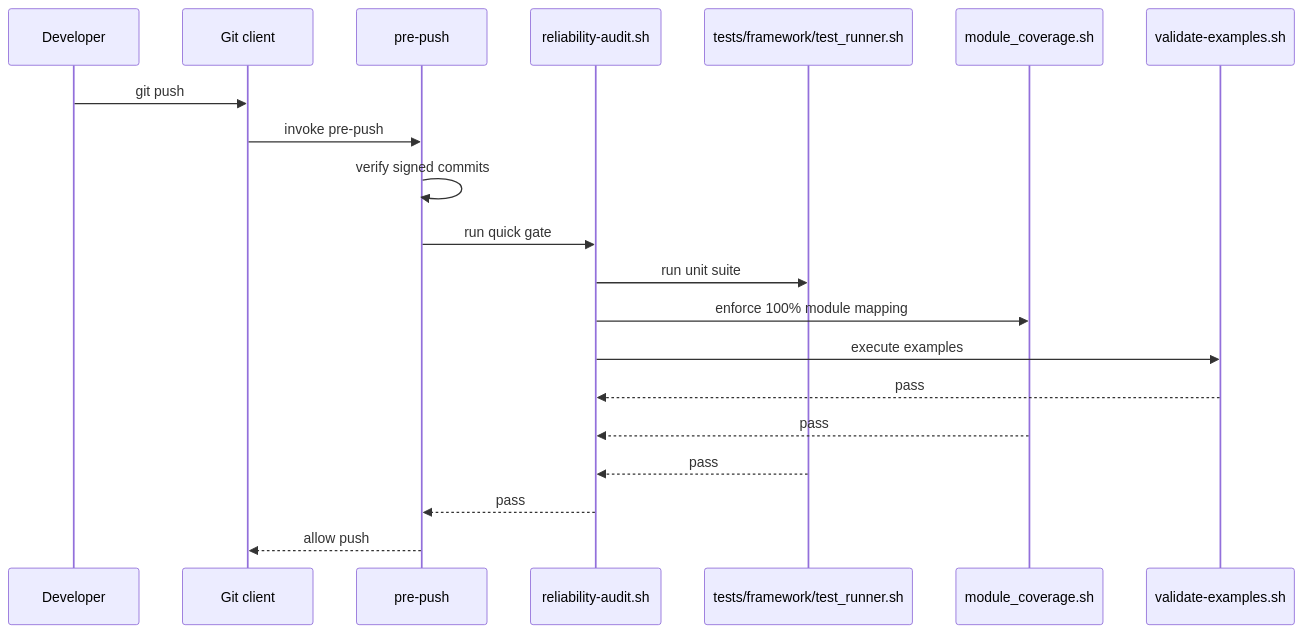
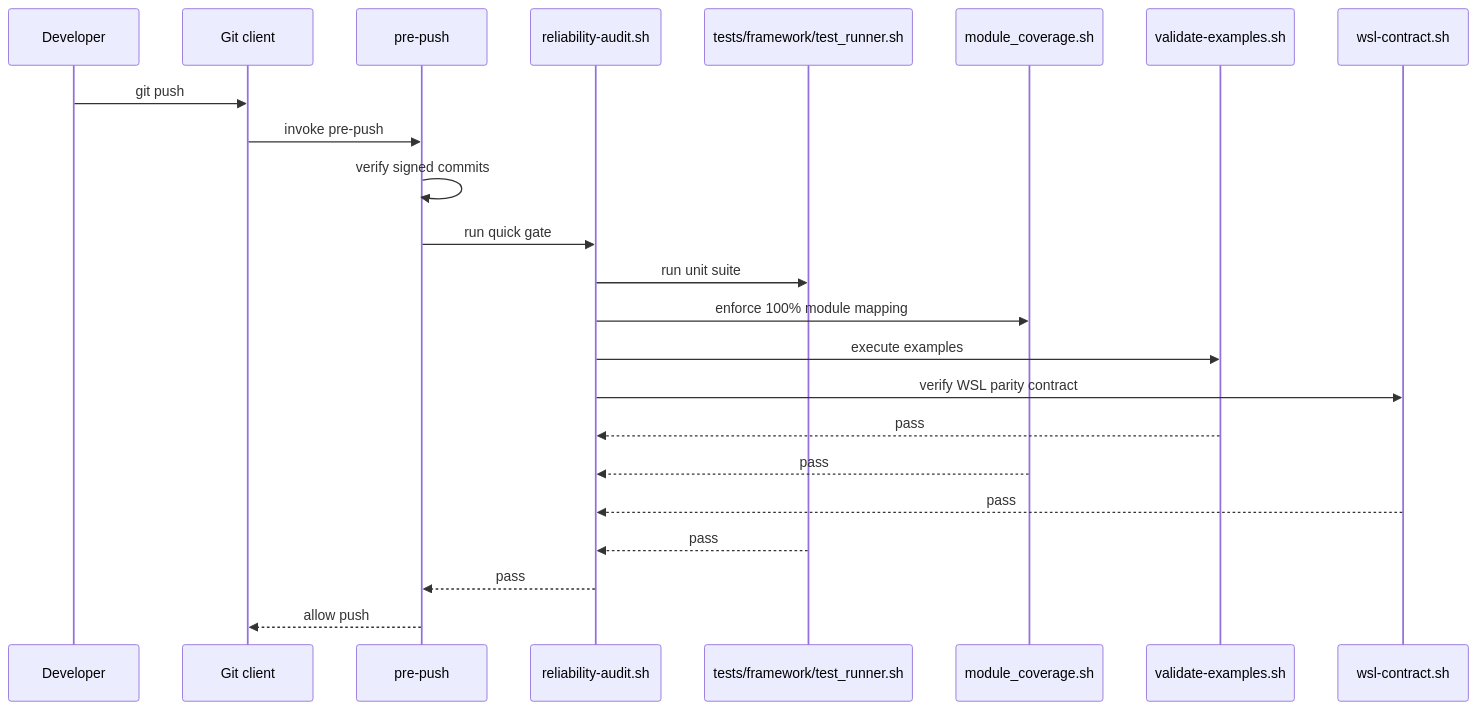
One commit to sebastienrousseau/dotfiles changed the second of 2 diagrams in docs/operations/RELIABILITY.md. Above: the diagram before and after it, drawn with Mermaid. The commit also changed other lines of this file and 8 other files, not shown here.

````diff
--- a/docs/operations/RELIABILITY.md
+++ b/docs/operations/RELIABILITY.md
@@ -32,23 +34,26 @@
 ```mermaid
 sequenceDiagram
   participant Dev as Developer
   participant Git as Git client
   participant Hook as pre-push
   participant Audit as reliability-audit.sh
   participant Suite as tests/framework/test_runner.sh
   participant Cov as module_coverage.sh
   participant Ex as validate-examples.sh
+  participant WSL as wsl-contract.sh
 
   Dev->>Git: git push
   Git->>Hook: invoke pre-push
   Hook->>Hook: verify signed commits
   Hook->>Audit: run quick gate
   Audit->>Suite: run unit suite
   Audit->>Cov: enforce 100% module mapping
   Audit->>Ex: execute examples
+  Audit->>WSL: verify WSL parity contract
   Ex-->>Audit: pass
   Cov-->>Audit: pass
+  WSL-->>Audit: pass
   Suite-->>Audit: pass
   Audit-->>Hook: pass
   Hook-->>Git: allow push
 ```
````
